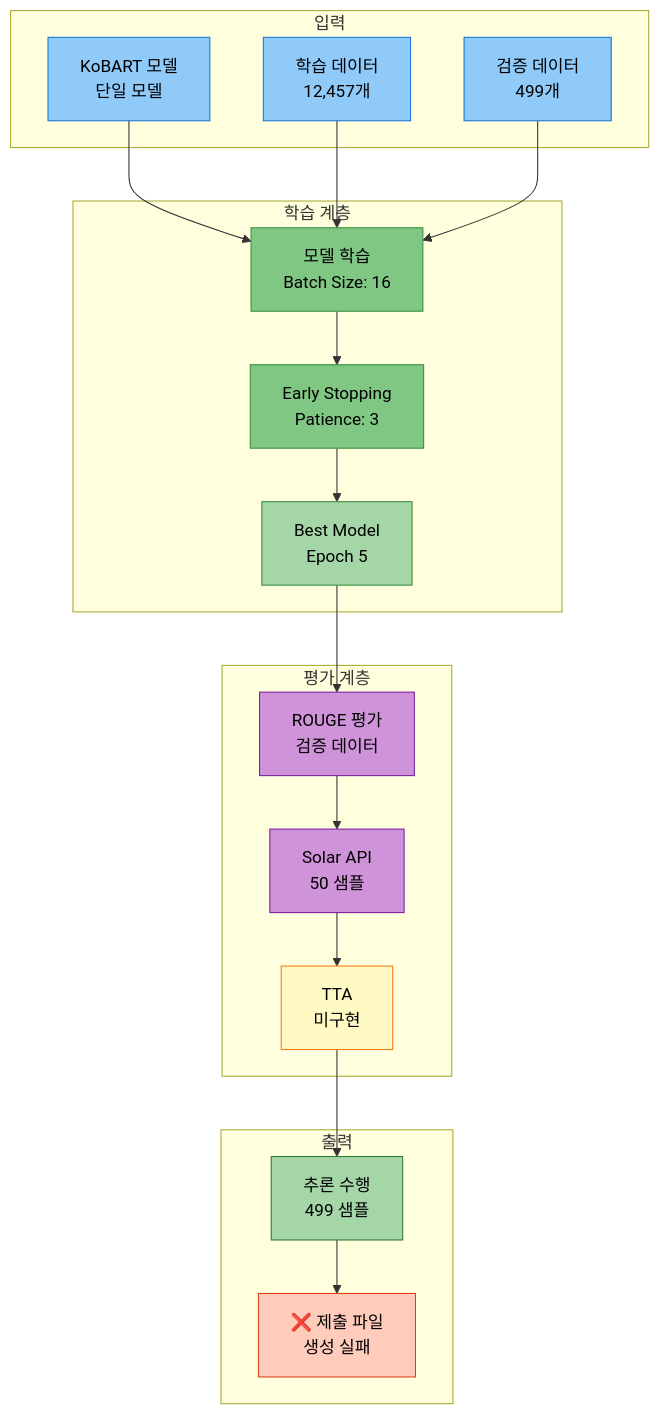
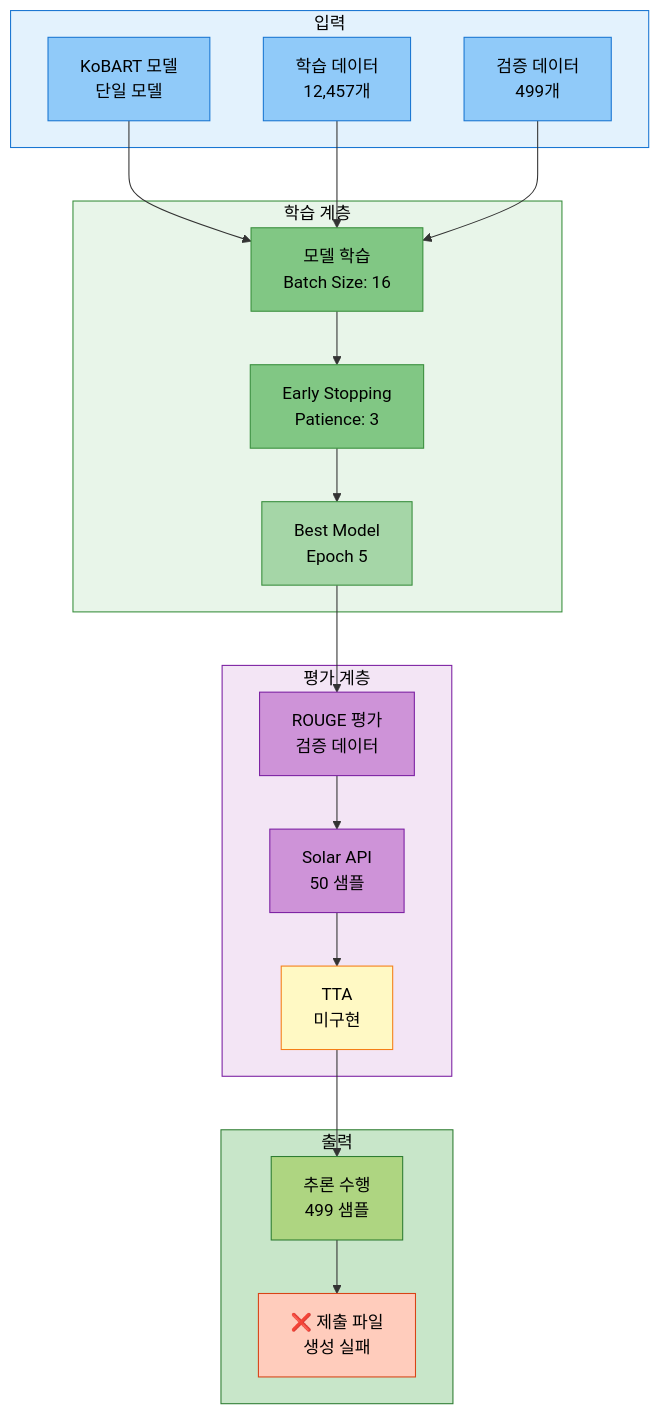
The first of 15 diagrams in docs/experiments/20251013_111525_strategy1_kobart_optimized_실험분석.md (AIBootcamp14/naturallanguageprocessingcompetition-nlp-1), drawn with Mermaid before and after one commit. The commit also changed other lines of this file, not shown here.

First line of the commit message:
fix: mermaid 다이어그램 스타일 완전 수정

````diff
--- a/docs/experiments/20251013_111525_strategy1_kobart_optimized_실험분석.md
+++ b/docs/experiments/20251013_111525_strategy1_kobart_optimized_실험분석.md
@@ -25,50 +25,55 @@
 ```mermaid
 graph TB
     subgraph Input["입력"]
         A[KoBART 모델<br/>단일 모델]
         B[학습 데이터<br/>12,457개]
         C[검증 데이터<br/>499개]
     end
 
     subgraph Training["학습 계층"]
         D[모델 학습<br/>Batch Size: 16]
         E[Early Stopping<br/>Patience: 3]
         F[Best Model<br/>Epoch 5]
     end
 
     subgraph Evaluation["평가 계층"]
         G[ROUGE 평가<br/>검증 데이터]
         H[Solar API<br/>50 샘플]
         I[TTA<br/>미구현]
     end
 
     subgraph Output["출력"]
         J[추론 수행<br/>499 샘플]
         K[❌ 제출 파일<br/>생성 실패]
     end
 
     A --> D
     B --> D
     C --> D
 
     D --> E
     E --> F
     F --> G
     G --> H
     H --> I
 
     I --> J
     J --> K
 
+    style Input fill:#e3f2fd,stroke:#1976d2,color:#000
+    style Training fill:#e8f5e9,stroke:#388e3c,color:#000
+    style Evaluation fill:#f3e5f5,stroke:#7b1fa2,color:#000
+    style Output fill:#c8e6c9,stroke:#2e7d32,color:#000
+
     style A fill:#90caf9,stroke:#1976d2,color:#000
     style B fill:#90caf9,stroke:#1976d2,color:#000
     style C fill:#90caf9,stroke:#1976d2,color:#000
     style D fill:#81c784,stroke:#388e3c,color:#000
     style E fill:#81c784,stroke:#388e3c,color:#000
     style F fill:#a5d6a7,stroke:#388e3c,color:#000
     style G fill:#ce93d8,stroke:#7b1fa2,color:#000
     style H fill:#ce93d8,stroke:#7b1fa2,color:#000
     style I fill:#fff9c4,stroke:#f57f17,color:#000
-    style J fill:#a5d6a7,stroke:#2e7d32,color:#000
+    style J fill:#aed581,stroke:#2e7d32,color:#000
     style K fill:#ffccbc,stroke:#d84315,color:#000
 ```
````
